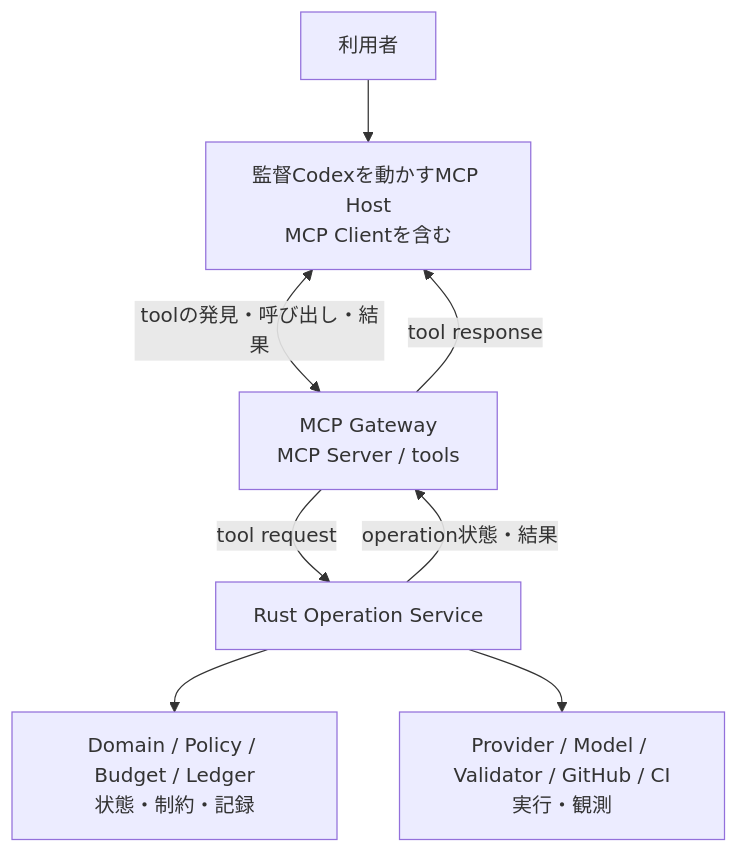
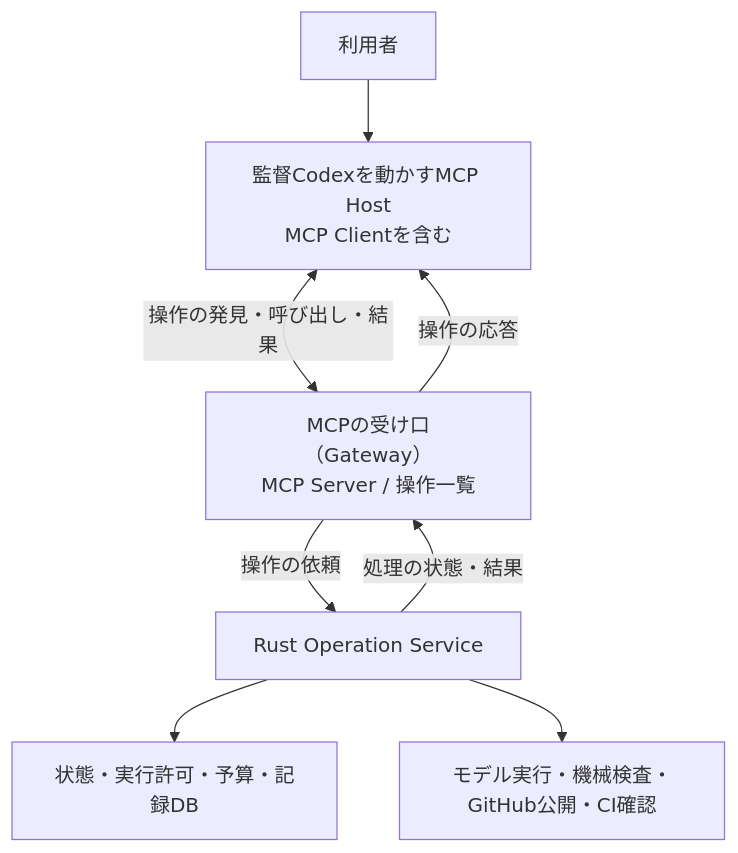
Before and after one commit to satokenn/AI-dev-orchestrator: the diagram in docs/mcp-operation-contract.md, drawn with Mermaid. The commit also changed other lines of this file and 15 other files, not shown here.

````diff
--- a/docs/mcp-operation-contract.md
+++ b/docs/mcp-operation-contract.md
@@ -11,11 +27,11 @@
 ```mermaid
 flowchart TB
     User[利用者] --> Host[監督Codexを動かすMCP Host<br/>MCP Clientを含む]
-    Host <-->|toolの発見・呼び出し・結果| Gateway[MCP Gateway<br/>MCP Server / tools]
-    Gateway -->|tool request| Service[Rust Operation Service]
-    Service -->|operation状態・結果| Gateway
-    Gateway -->|tool response| Host
+    Host <-->|操作の発見・呼び出し・結果| Gateway[MCPの受け口（Gateway）<br/>MCP Server / 操作一覧]
+    Gateway -->|操作の依頼| Service[Rust Operation Service]
+    Service -->|処理の状態・結果| Gateway
+    Gateway -->|操作の応答| Host
 
-    Service --> Store[Domain / Policy / Budget / Ledger<br/>状態・制約・記録]
-    Service --> Workers[Provider / Model / Validator / GitHub / CI<br/>実行・観測]
+    Service --> Store[状態・実行許可・予算・記録DB]
+    Service --> Workers[モデル実行・機械検査・GitHub公開・CI確認]
 ```
````
